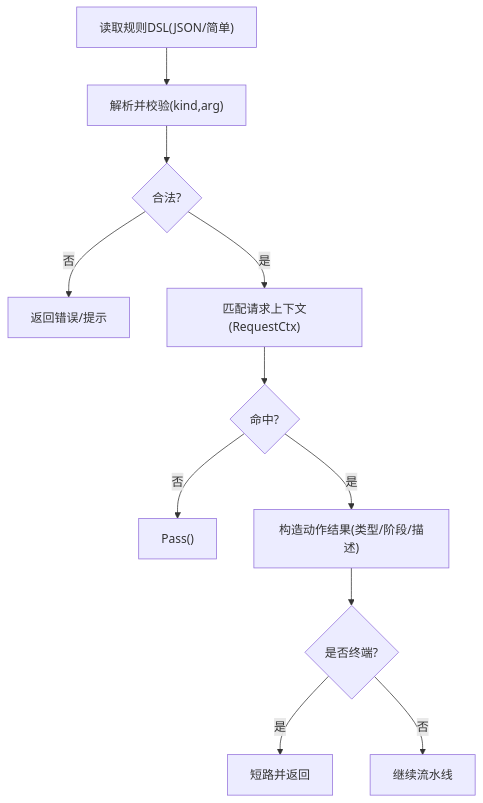
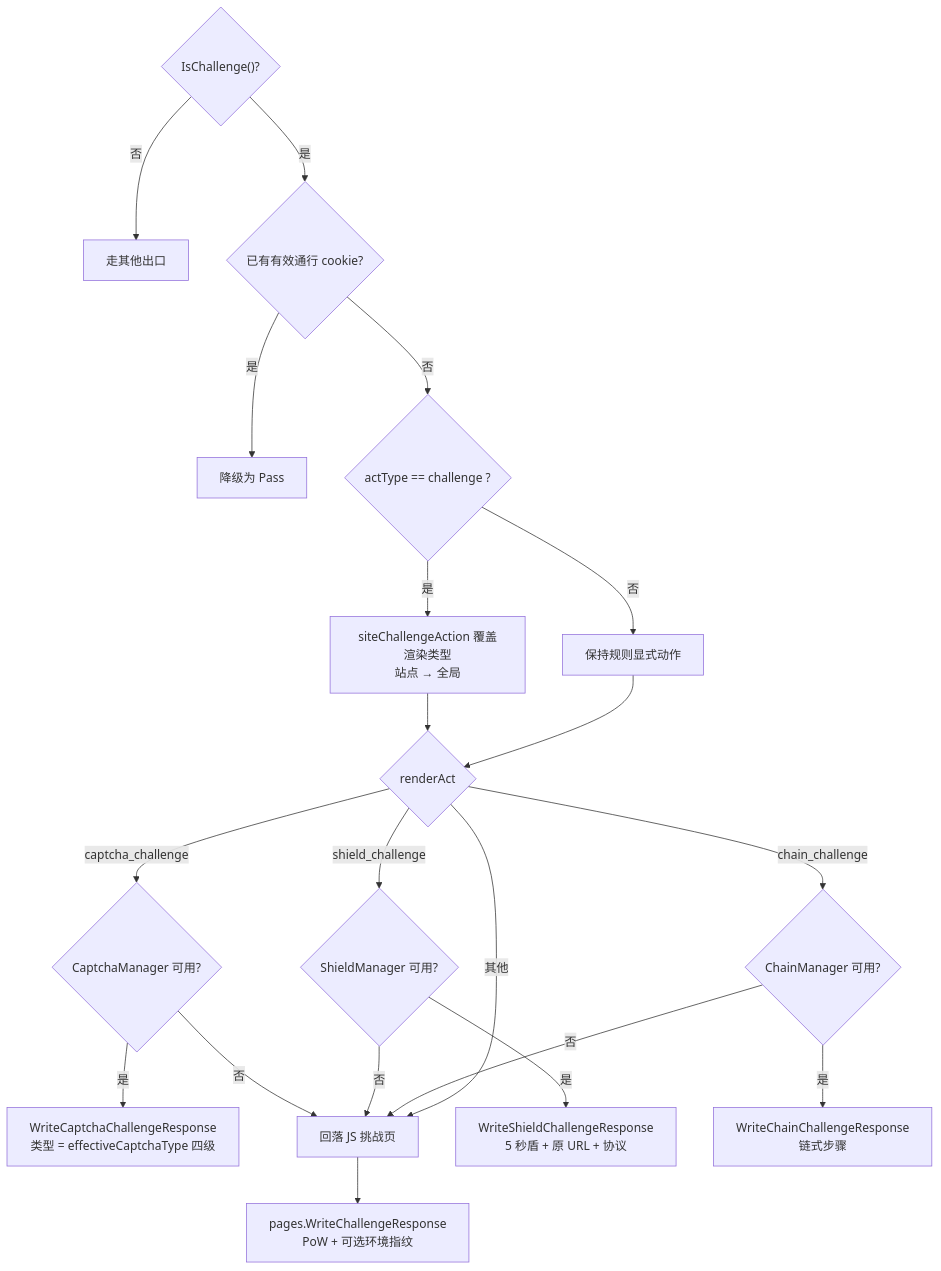
One commit to x01n/My-OpenWaf changed the fifth of 6 diagrams in docs/WAF 引擎系统/动作与结果系统.md. Above: the diagram before and after it, drawn with Mermaid. The commit also changed other lines of this file and 622 other files, not shown here.

````diff
--- a/docs/WAF 引擎系统/动作与结果系统.md
+++ b/docs/WAF 引擎系统/动作与结果系统.md
@@ -294,13 +361,22 @@
 ```mermaid
 flowchart TD
-A["读取规则DSL(JSON/简单)"] --> B["解析并校验(kind,arg)"]
-B --> C{"合法?"}
-C -- 否 --> E["返回错误/提示"]
-C -- 是 --> D["匹配请求上下文(RequestCtx)"]
-D --> F{"命中?"}
-F -- 否 --> G["Pass()"]
-F -- 是 --> H["构造动作结果(类型/阶段/描述)"]
-H --> I{"是否终端?"}
-I -- 是 --> J["短路并返回"]
-I -- 否 --> K["继续流水线"]
+A{"IsChallenge()?"} -- 否 --> Z["走其他出口"]
+A -- 是 --> B{"已有有效通行 cookie?"}
+B -- 是 --> P["降级为 Pass"]
+B -- 否 --> C{"actType == challenge ?"}
+C -- 是 --> D["siteChallengeAction 覆盖渲染类型<br/>站点 → 全局"]
+C -- 否 --> E["保持规则显式动作"]
+D --> F{"renderAct"}
+E --> F
+F -- captcha_challenge --> G{"CaptchaManager 可用?"}
+G -- 是 --> G1["WriteCaptchaChallengeResponse<br/>类型 = effectiveCaptchaType 四级"]
+G -- 否 --> FB["回落 JS 挑战页"]
+F -- shield_challenge --> H{"ShieldManager 可用?"}
+H -- 是 --> H1["WriteShieldChallengeResponse<br/>5 秒盾 + 原 URL + 协议"]
+H -- 否 --> FB
+F -- chain_challenge --> I{"ChainManager 可用?"}
+I -- 是 --> I1["WriteChainChallengeResponse<br/>链式步骤"]
+I -- 否 --> FB
+F -- 其他 --> FB
+FB --> FB1["pages.WriteChallengeResponse<br/>PoW + 可选环境指纹"]
 ```
````
